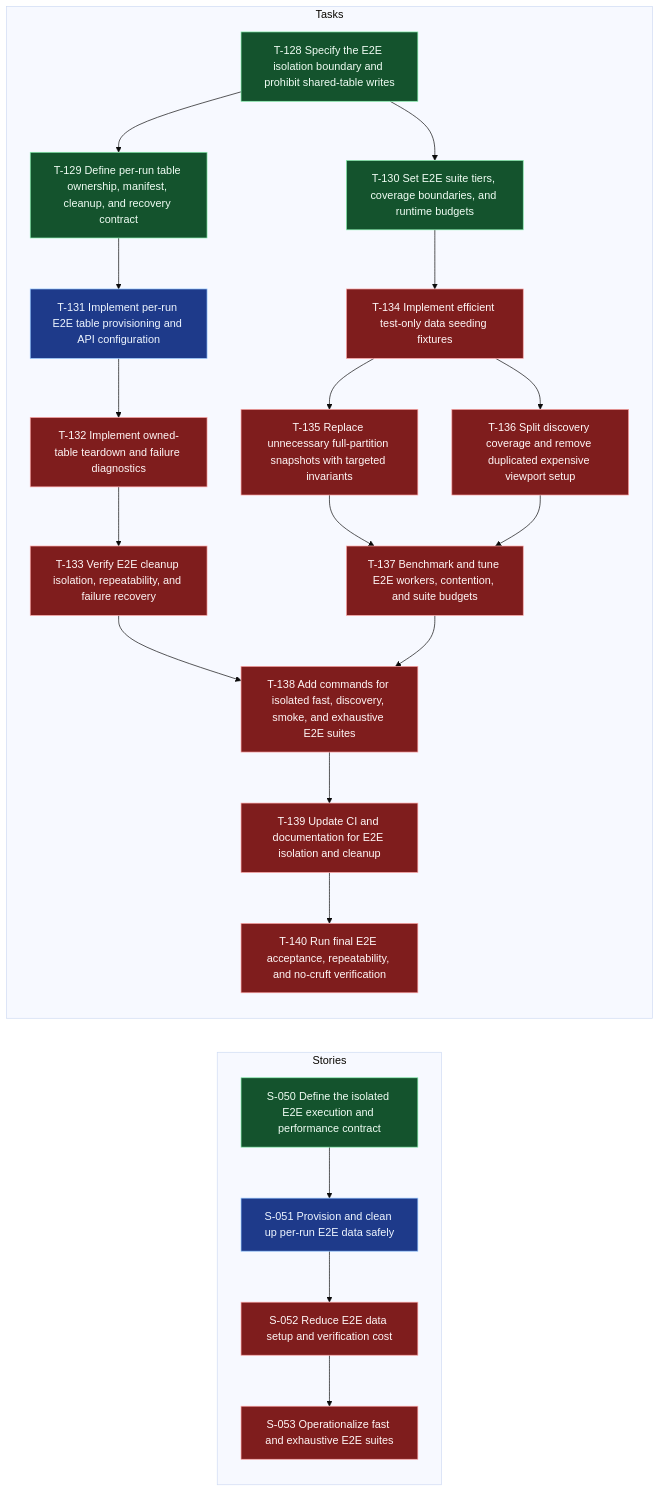
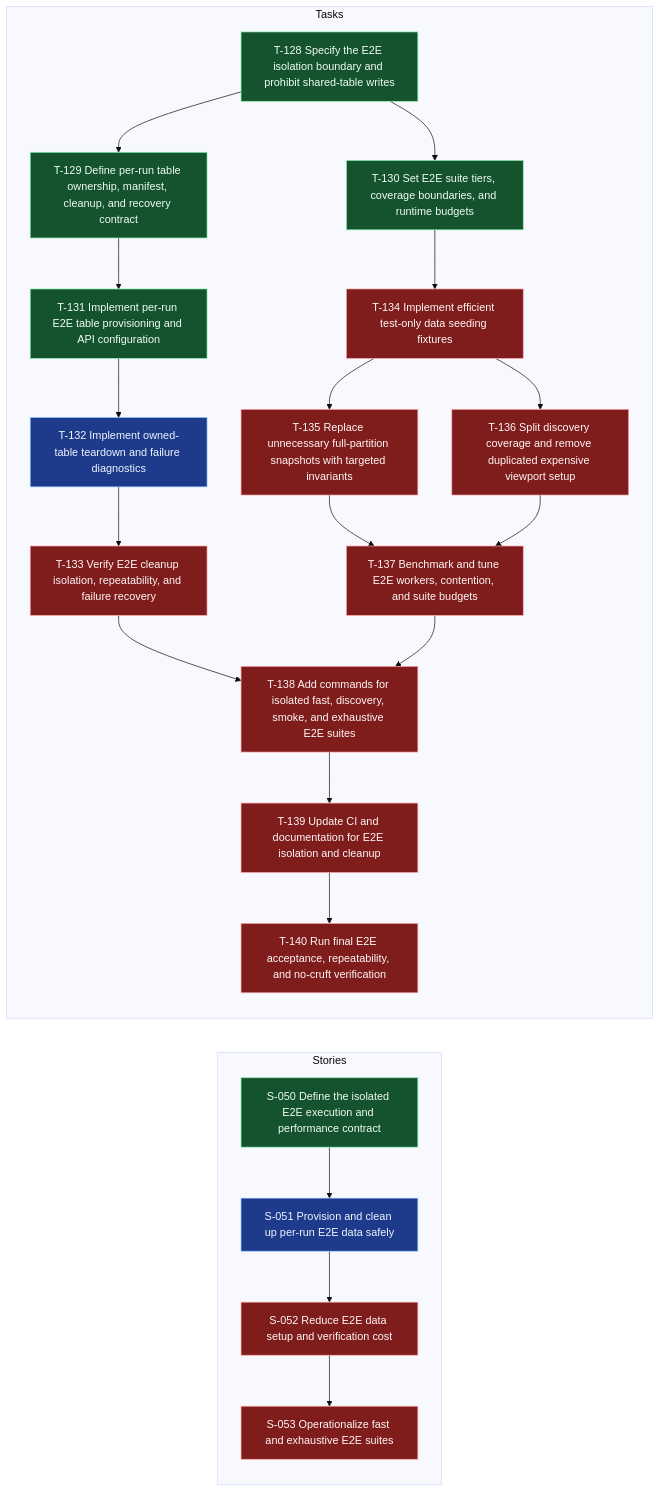
The diagram in .worktracker/graphs/E-014.mmd (andybalham/invite-agent), drawn with Mermaid (base theme) before and after one commit. The commit also changed 27 other files, not shown here.

```diff
--- a/.worktracker/graphs/E-014.mmd
+++ b/.worktracker/graphs/E-014.mmd
@@ -1,61 +1,61 @@
 graph LR
   classDef done fill:#14532d,stroke:#86efac,color:#f0fdf4;
   classDef blocked fill:#7f1d1d,stroke:#fca5a5,color:#fff7f7;
   classDef inprogress fill:#78350f,stroke:#fbbf24,color:#fffbeb;
   classDef todo fill:#1e3a8a,stroke:#93c5fd,color:#eff6ff;
   classDef empty fill:#374151,stroke:#d1d5db,color:#f9fafb,stroke-dasharray: 3 3;
   subgraph Stories
     S050["S-050 Define the isolated E2E execution and performance contract"]:::done
     S051["S-051 Provision and clean up per-run E2E data safely"]:::todo
     S052["S-052 Reduce E2E data setup and verification cost"]:::blocked
     S053["S-053 Operationalize fast and exhaustive E2E suites"]:::blocked
     S050 --> S051
     S051 --> S052
     S052 --> S053
   end
   subgraph Tasks
     T128["T-128 Specify the E2E isolation boundary and prohibit shared-table writes"]:::done
     T129["T-129 Define per-run table ownership, manifest, cleanup, and recovery contract"]:::done
     T130["T-130 Set E2E suite tiers, coverage boundaries, and runtime budgets"]:::done
-    T131["T-131 Implement per-run E2E table provisioning and API configuration"]:::todo
-    T132["T-132 Implement owned-table teardown and failure diagnostics"]:::blocked
+    T131["T-131 Implement per-run E2E table provisioning and API configuration"]:::done
+    T132["T-132 Implement owned-table teardown and failure diagnostics"]:::todo
     T133["T-133 Verify E2E cleanup isolation, repeatability, and failure recovery"]:::blocked
     T134["T-134 Implement efficient test-only data seeding fixtures"]:::blocked
     T135["T-135 Replace unnecessary full-partition snapshots with targeted invariants"]:::blocked
     T136["T-136 Split discovery coverage and remove duplicated expensive viewport setup"]:::blocked
     T137["T-137 Benchmark and tune E2E workers, contention, and suite budgets"]:::blocked
     T138["T-138 Add commands for isolated fast, discovery, smoke, and exhaustive E2E suites"]:::blocked
     T139["T-139 Update CI and documentation for E2E isolation and cleanup"]:::blocked
     T140["T-140 Run final E2E acceptance, repeatability, and no-cruft verification"]:::blocked
     T128 --> T129
     T128 --> T130
     T129 --> T131
     T130 --> T134
     T131 --> T132
     T132 --> T133
     T133 --> T138
     T134 --> T135
     T134 --> T136
     T135 --> T137
     T136 --> T137
     T137 --> T138
     T138 --> T139
     T139 --> T140
   end
   click S050 "../entities/S-050-define-the-isolated-e2e-execution-and-performance-contract.md"
   click S051 "../entities/S-051-provision-and-clean-up-per-run-e2e-data-safely.md"
   click S052 "../entities/S-052-reduce-e2e-data-setup-and-verification-cost.md"
   click S053 "../entities/S-053-operationalize-fast-and-exhaustive-e2e-suites.md"
   click T128 "../entities/T-128-specify-the-e2e-isolation-boundary-and-prohibit-shared-table-writes.md"
   click T129 "../entities/T-129-define-per-run-table-ownership-manifest-cleanup-and-recovery-contract.md"
   click T130 "../entities/T-130-set-e2e-suite-tiers-coverage-boundaries-and-runtime-budgets.md"
   click T131 "../entities/T-131-implement-per-run-e2e-table-provisioning-and-api-configuration.md"
   click T132 "../entities/T-132-implement-owned-table-teardown-and-failure-diagnostics.md"
   click T133 "../entities/T-133-verify-e2e-cleanup-isolation-repeatability-and-failure-recovery.md"
   click T134 "../entities/T-134-implement-efficient-test-only-data-seeding-fixtures.md"
   click T135 "../entities/T-135-replace-unnecessary-full-partition-snapshots-with-targeted-invariants.md"
   click T136 "../entities/T-136-split-discovery-coverage-and-remove-duplicated-expensive-viewport-setup.md"
   click T137 "../entities/T-137-benchmark-and-tune-e2e-workers-contention-and-suite-budgets.md"
   click T138 "../entities/T-138-add-commands-for-isolated-fast-discovery-smoke-and-exhaustive-e2e-suites.md"
   click T139 "../entities/T-139-update-ci-and-documentation-for-e2e-isolation-and-cleanup.md"
   click T140 "../entities/T-140-run-final-e2e-acceptance-repeatability-and-no-cruft-verification.md"
```
